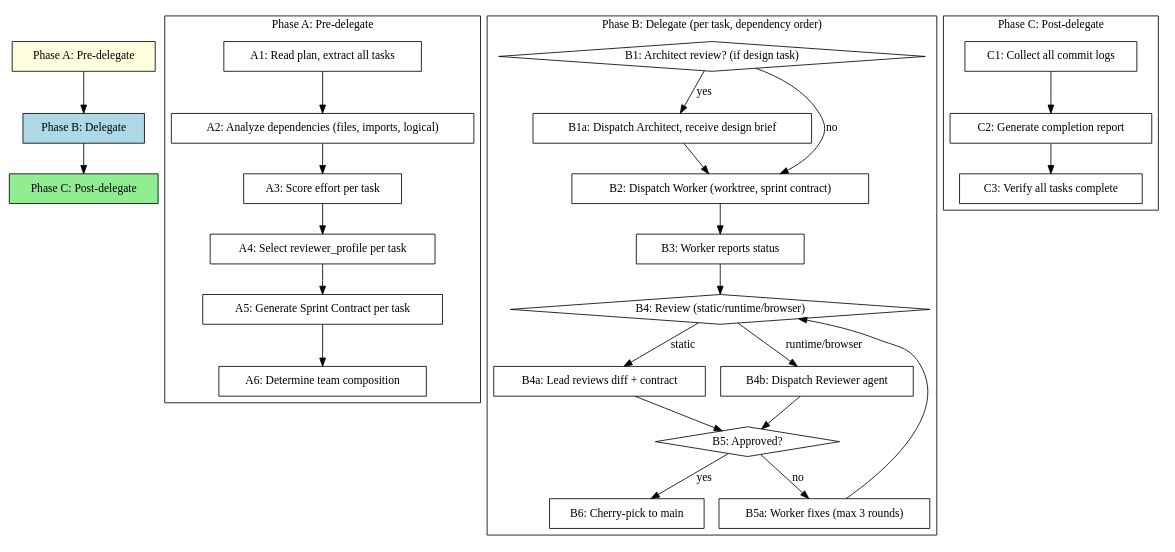
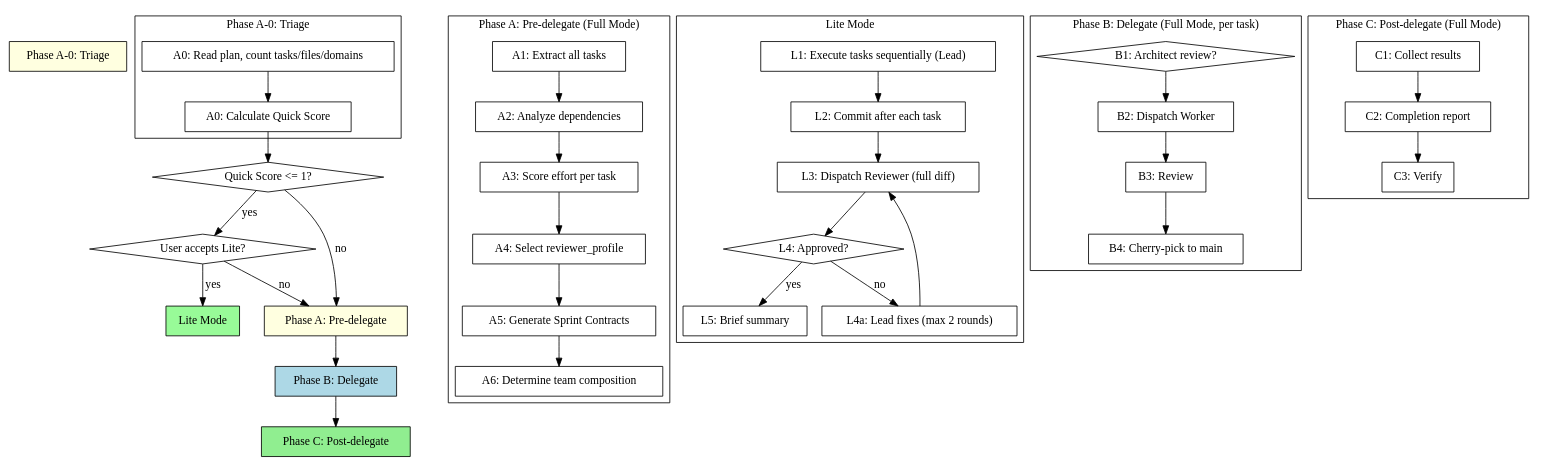
One commit to rat-siem/team-driven-development changed the second of 2 diagrams in skills/team-driven-development/SKILL.md. Above: the diagram before and after it, drawn with Graphviz. The commit also changed other lines of this file, not shown here.

Commit message:
feat: add Phase A-0 Triage with Quick Score calculation

```diff
--- a/skills/team-driven-development/SKILL.md
+++ b/skills/team-driven-development/SKILL.md
@@ -66,61 +66,81 @@
 digraph process {
     rankdir=TB;
 
+    "Phase A-0: Triage" [shape=box style=filled fillcolor=lightyellow];
+    "Quick Score <= 1?" [shape=diamond];
+    "User accepts Lite?" [shape=diamond];
+    "Lite Mode" [shape=box style=filled fillcolor=palegreen];
     "Phase A: Pre-delegate" [shape=box style=filled fillcolor=lightyellow];
     "Phase B: Delegate" [shape=box style=filled fillcolor=lightblue];
     "Phase C: Post-delegate" [shape=box style=filled fillcolor=lightgreen];
 
+    subgraph cluster_triage {
+        label="Phase A-0: Triage";
+        "A0: Read plan, count tasks/files/domains" [shape=box];
+        "A0: Calculate Quick Score" [shape=box];
+
+        "A0: Read plan, count tasks/files/domains" -> "A0: Calculate Quick Score";
+    }
+
+    "A0: Calculate Quick Score" -> "Quick Score <= 1?";
+    "Quick Score <= 1?" -> "User accepts Lite?" [label="yes"];
+    "Quick Score <= 1?" -> "Phase A: Pre-delegate" [label="no"];
+    "User accepts Lite?" -> "Lite Mode" [label="yes"];
+    "User accepts Lite?" -> "Phase A: Pre-delegate" [label="no"];
+
     subgraph cluster_phase_a {
-        label="Phase A: Pre-delegate";
-        "A1: Read plan, extract all tasks" [shape=box];
-        "A2: Analyze dependencies (files, imports, logical)" [shape=box];
+        label="Phase A: Pre-delegate (Full Mode)";
+        "A1: Extract all tasks" [shape=box];
+        "A2: Analyze dependencies" [shape=box];
         "A3: Score effort per task" [shape=box];
-        "A4: Select reviewer_profile per task" [shape=box];
-        "A5: Generate Sprint Contract per task" [shape=box];
+        "A4: Select reviewer_profile" [shape=box];
+        "A5: Generate Sprint Contracts" [shape=box];
         "A6: Determine team composition" [shape=box];
 
-        "A1: Read plan, extract all tasks" -> "A2: Analyze dependencies (files, imports, logical)";
-        "A2: Analyze dependencies (files, imports, logical)" -> "A3: Score effort per task";
-        "A3: Score effort per task" -> "A4: Select reviewer_profile per task";
-        "A4: Select reviewer_profile per task" -> "A5: Generate Sprint Contract per task";
-        "A5: Generate Sprint Contract per task" -> "A6: Determine team composition";
+        "A1: Extract all tasks" -> "A2: Analyze dependencies";
+        "A2: Analyze dependencies" -> "A3: Score effort per task";
+        "A3: Score effort per task" -> "A4: Select reviewer_profile";
+        "A4: Select reviewer_profile" -> "A5: Generate Sprint Contracts";
+        "A5: Generate Sprint Contracts" -> "A6: Determine team composition";
+    }
+
+    subgraph cluster_lite {
+        label="Lite Mode";
+        "L1: Execute tasks sequentially (Lead)" [shape=box];
+        "L2: Commit after each task" [shape=box];
+        "L3: Dispatch Reviewer (full diff)" [shape=box];
+        "L4: Approved?" [shape=diamond];
+        "L4a: Lead fixes (max 2 rounds)" [shape=box];
+        "L5: Brief summary" [shape=box];
+
+        "L1: Execute tasks sequentially (Lead)" -> "L2: Commit after each task";
+        "L2: Commit after each task" -> "L3: Dispatch Reviewer (full diff)";
+        "L3: Dispatch Reviewer (full diff)" -> "L4: Approved?";
+        "L4: Approved?" -> "L5: Brief summary" [label="yes"];
+        "L4: Approved?" -> "L4a: Lead fixes (max 2 rounds)" [label="no"];
+        "L4a: Lead fixes (max 2 rounds)" -> "L3: Dispatch Reviewer (full diff)";
     }
 
     subgraph cluster_phase_b {
-        label="Phase B: Delegate (per task, dependency order)";
-        "B1: Architect review? (if design task)" [shape=diamond];
-        "B1a: Dispatch Architect, receive design brief" [shape=box];
-        "B2: Dispatch Worker (worktree, sprint contract)" [shape=box];
-        "B3: Worker reports status" [shape=box];
-        "B4: Review (static/runtime/browser)" [shape=diamond];
-        "B4a: Lead reviews diff + contract" [shape=box];
-        "B4b: Dispatch Reviewer agent" [shape=box];
-        "B5: Approved?" [shape=diamond];
-        "B5a: Worker fixes (max 3 rounds)" [shape=box];
-        "B6: Cherry-pick to main" [shape=box];
+        label="Phase B: Delegate (Full Mode, per task)";
+        "B1: Architect review?" [shape=diamond];
+        "B2: Dispatch Worker" [shape=box];
+        "B3: Review" [shape=box];
+        "B4: Cherry-pick to main" [shape=box];
 
-        "B1: Architect review? (if design task)" -> "B1a: Dispatch Architect, receive design brief" [label="yes"];
-        "B1: Architect review? (if design task)" -> "B2: Dispatch Worker (worktree, sprint contract)" [label="no"];
-        "B1a: Dispatch Architect, receive design brief" -> "B2: Dispatch Worker (worktree, sprint contract)";
-        "B2: Dispatch Worker (worktree, sprint contract)" -> "B3: Worker reports status";
-        "B3: Worker reports status" -> "B4: Review (static/runtime/browser)";
-        "B4: Review (static/runtime/browser)" -> "B4a: Lead reviews diff + contract" [label="static"];
-        "B4: Review (static/runtime/browser)" -> "B4b: Dispatch Reviewer agent" [label="runtime/browser"];
-        "B4a: Lead reviews diff + contract" -> "B5: Approved?";
-        "B4b: Dispatch Reviewer agent" -> "B5: Approved?";
-        "B5: Approved?" -> "B6: Cherry-pick to main" [label="yes"];
-        "B5: Approved?" -> "B5a: Worker fixes (max 3 rounds)" [label="no"];
-        "B5a: Worker fixes (max 3 rounds)" -> "B4: Review (static/runtime/browser)";
+        "B1: Architect review?" -> "B2: Dispatch Worker";
+        "B2: Dispatch Worker" -> "B3: Review";
+        "B3: Review" -> "B4: Cherry-pick to main";
     }
 
     subgraph cluster_phase_c {
-        label="Phase C: Post-delegate";
-        "C1: Collect all commit logs" [shape=box];
-        "C2: Generate completion report" [shape=box];
-        "C3: Verify all tasks complete" [shape=box];
+        label="Phase C: Post-delegate (Full Mode)";
+        "C1: Collect results" [shape=box];
+        "C2: Completion report" [shape=box];
+        "C3: Verify" [shape=box];
 
-        "C1: Collect all commit logs" -> "C2: Generate completion report";
-        "C2: Generate completion report" -> "C3: Verify all tasks complete";
+        "C1: Collect results" -> "C2: Completion report";
+        "C2: Completion report" -> "C3: Verify";
     }
 
     "Phase A: Pre-delegate" -> "Phase B: Delegate";
```
